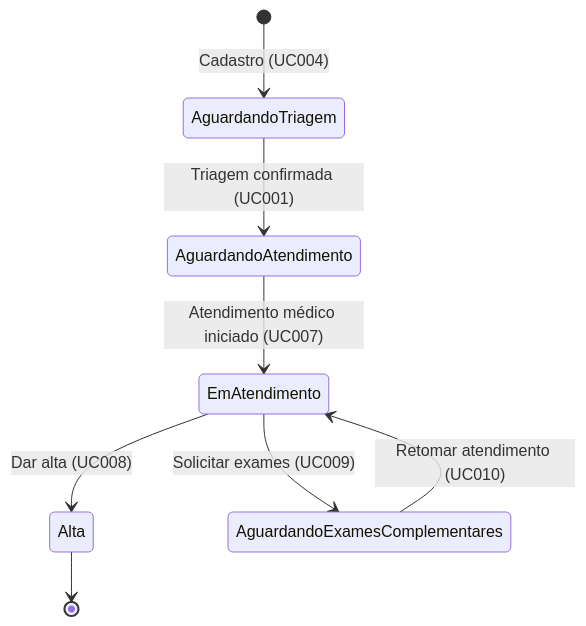
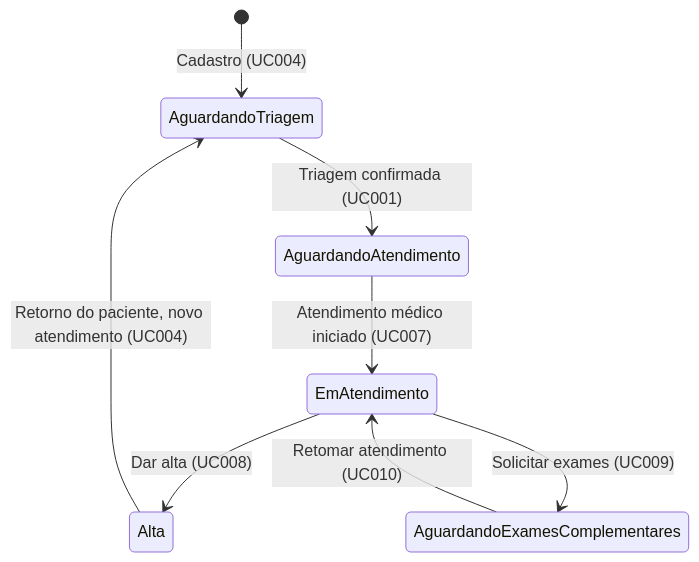
One commit to Nesomar/projeto-hospitalar changed the second of 2 diagrams in docs/03-casos-uso.md. Above: the diagram before and after it, drawn with Mermaid. The commit also changed other lines of this file and 2 other files, not shown here.

Commit message:
docs: retorno de paciente, histórico e episódio no modelo de dados

````diff
--- a/docs/03-casos-uso.md
+++ b/docs/03-casos-uso.md
@@ -118,10 +126,10 @@
 ```mermaid
 stateDiagram-v2
     [*] --> AguardandoTriagem: Cadastro (UC004)
     AguardandoTriagem --> AguardandoAtendimento: Triagem confirmada (UC001)
     AguardandoAtendimento --> EmAtendimento: Atendimento médico iniciado (UC007)
     EmAtendimento --> Alta: Dar alta (UC008)
     EmAtendimento --> AguardandoExamesComplementares: Solicitar exames (UC009)
     AguardandoExamesComplementares --> EmAtendimento: Retomar atendimento (UC010)
-    Alta --> [*]
+    Alta --> AguardandoTriagem: Retorno do paciente, novo atendimento (UC004)
 ```
````
